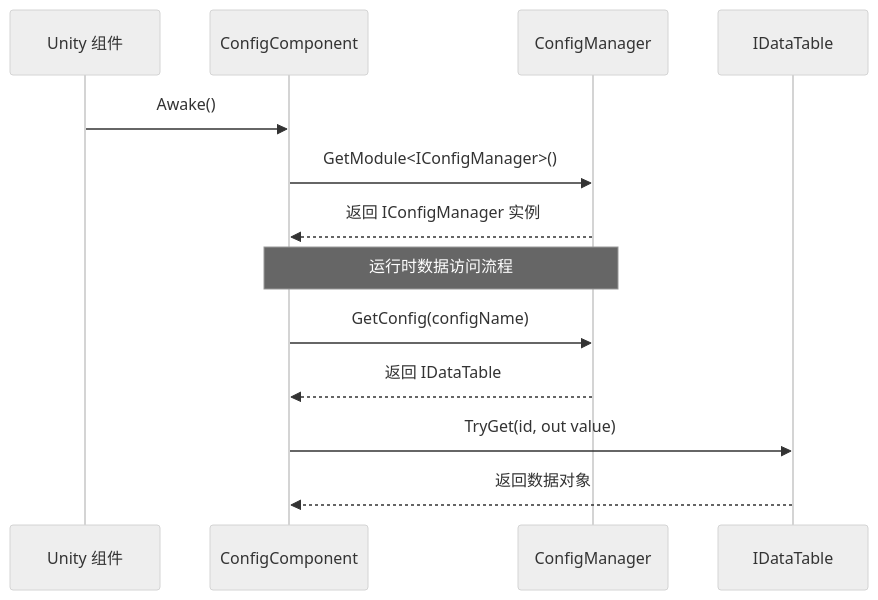
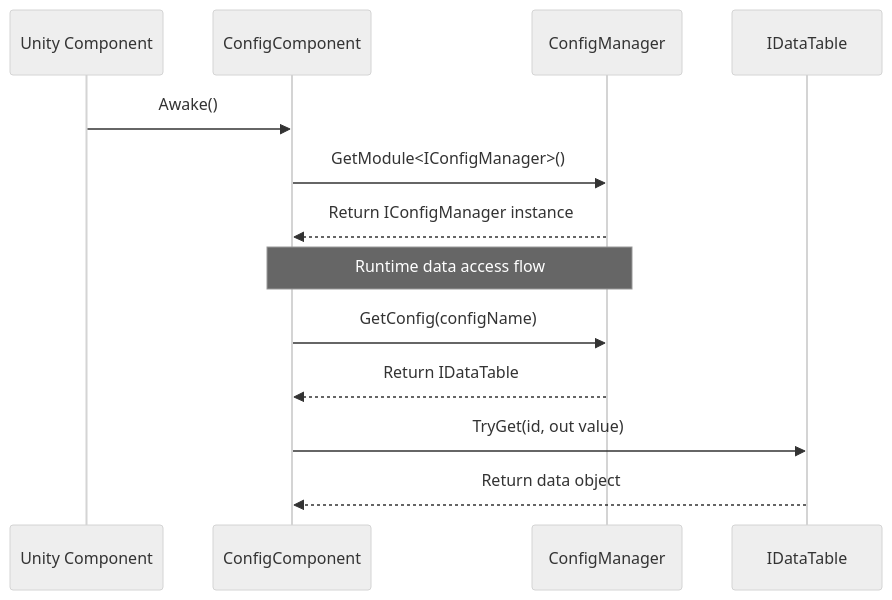
The second of 2 diagrams in docs/en/client/unity/component/config/09.config-manager.md (AlianBlank/GameFrameX.Docs), drawn with Mermaid (neutral theme) before and after one commit. The commit also changed other lines of this file and 242 other files, not shown here.

First line of the commit message:
docs(en/unity/component): 补全组件目录文档

````diff
--- a/docs/en/client/unity/component/config/09.config-manager.md
+++ b/docs/en/client/unity/component/config/09.config-manager.md
@@ -69,19 +69,19 @@
 ```mermaid
 sequenceDiagram
-    participant Unity as Unity 组件
+    participant Unity as Unity Component
     participant ConfigComp as ConfigComponent
     participant ConfigMgr as ConfigManager
     participant DataTable as IDataTable
 
     Unity->>ConfigComp: Awake()
     ConfigComp->>ConfigMgr: GetModule<IConfigManager>()
-    ConfigMgr-->>ConfigComp: 返回 IConfigManager 实例
-    
-    Note over ConfigComp,ConfigMgr: 运行时数据访问流程
-    
+    ConfigMgr-->>ConfigComp: Return IConfigManager instance
+
+    Note over ConfigComp,ConfigMgr: Runtime data access flow
+
     ConfigComp->>ConfigMgr: GetConfig(configName)
-    ConfigMgr-->>ConfigComp: 返回 IDataTable
-    
+    ConfigMgr-->>ConfigComp: Return IDataTable
+
     ConfigComp->>DataTable: TryGet(id, out value)
-    DataTable-->>ConfigComp: 返回数据对象
+    DataTable-->>ConfigComp: Return data object
 ```
````
